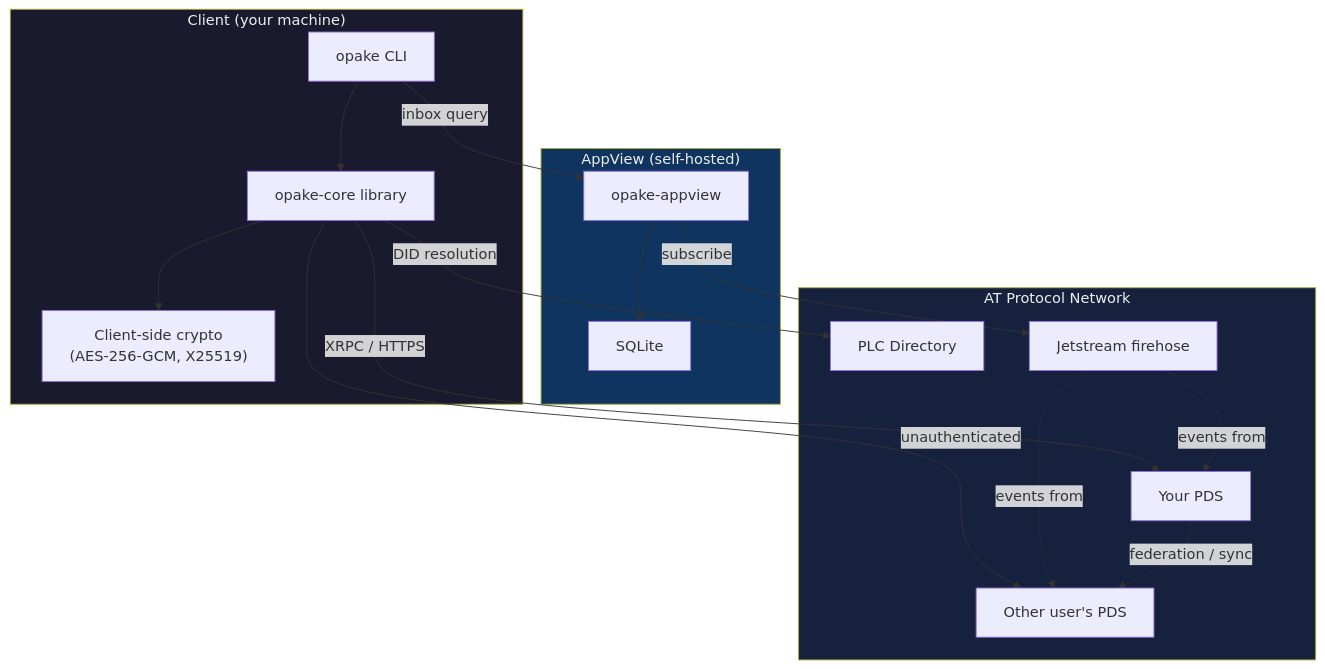
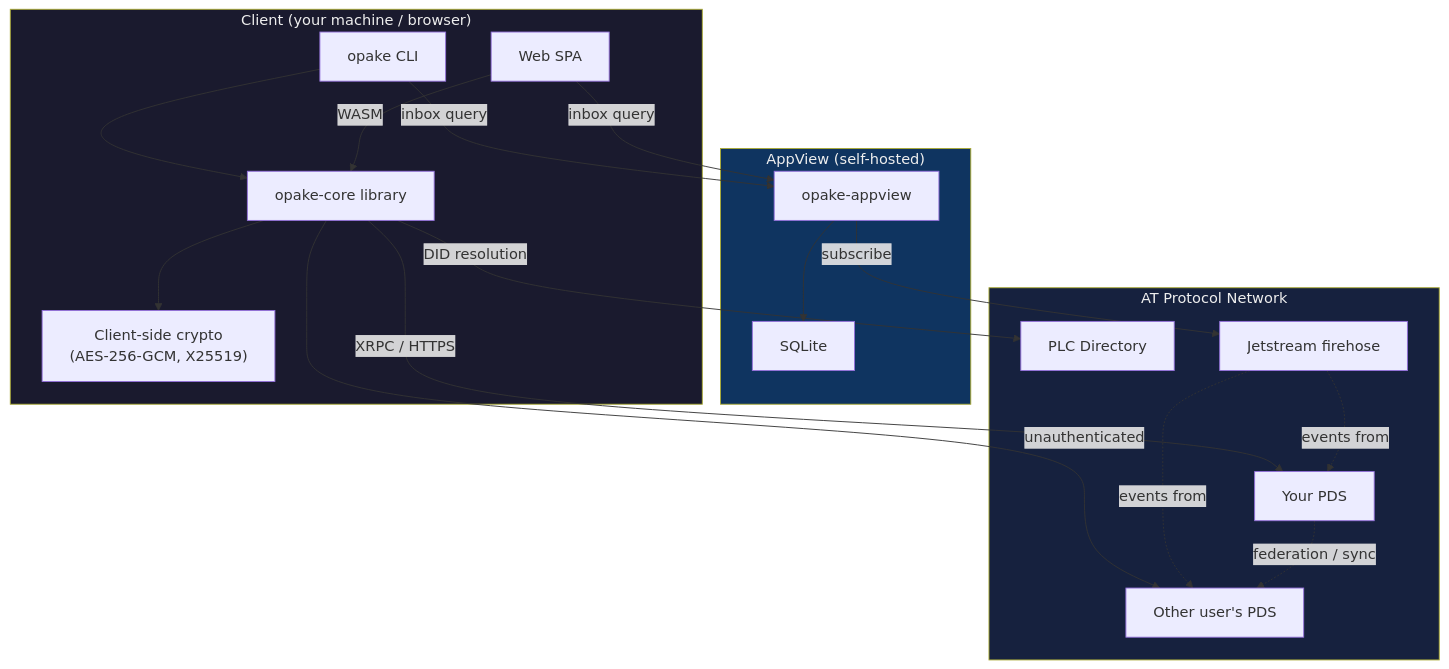
The first of 2 diagrams in docs/ARCHITECTURE.md (Sans-Self/Opake), drawn with Mermaid before and after one commit. The commit also changed other lines of this file and 3 other files, not shown here.

````diff
--- a/docs/ARCHITECTURE.md
+++ b/docs/ARCHITECTURE.md
@@ -5,38 +5,41 @@
 ```mermaid
 graph TB
-    subgraph Client ["Client (your machine)"]
+    subgraph Client ["Client (your machine / browser)"]
         CLI["opake CLI"]
+        Web["Web SPA"]
         Core["opake-core library"]
         Crypto["Client-side crypto<br/>(AES-256-GCM, X25519)"]
     end
 
     subgraph Server ["AppView (self-hosted)"]
         AppView["opake-appview"]
         SQLite["SQLite"]
     end
 
     subgraph Network ["AT Protocol Network"]
         OwnPDS["Your PDS"]
         OtherPDS["Other user's PDS"]
         PLC["PLC Directory"]
         Jetstream["Jetstream firehose"]
     end
 
     CLI --> Core
+    Web -->|WASM| Core
     Core --> Crypto
     Core -->|XRPC / HTTPS| OwnPDS
     Core -->|unauthenticated| OtherPDS
     Core -->|DID resolution| PLC
     CLI -->|inbox query| AppView
+    Web -->|inbox query| AppView
 
     AppView -->|subscribe| Jetstream
     AppView --> SQLite
     Jetstream -.->|events from| OwnPDS
     Jetstream -.->|events from| OtherPDS
 
     OwnPDS -.->|federation / sync| OtherPDS
 
     style Client fill:#1a1a2e,color:#eee
     style Server fill:#0f3460,color:#eee
     style Network fill:#16213e,color:#eee
 ```
````
